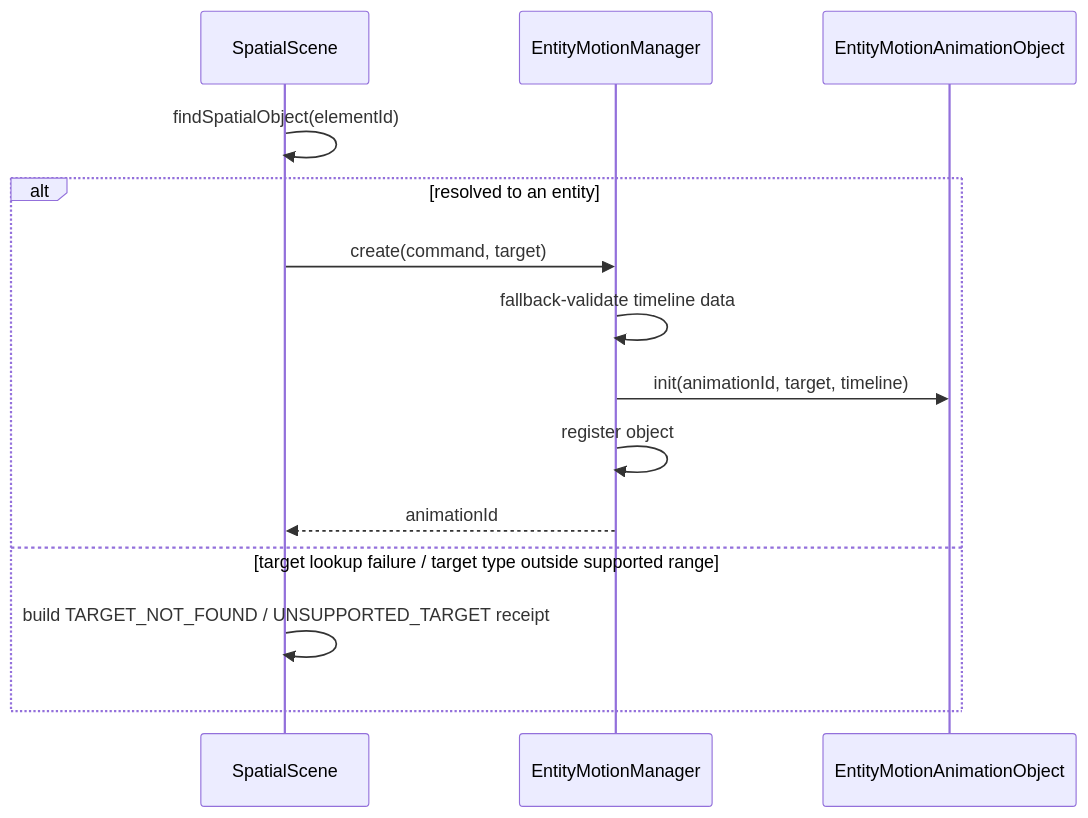
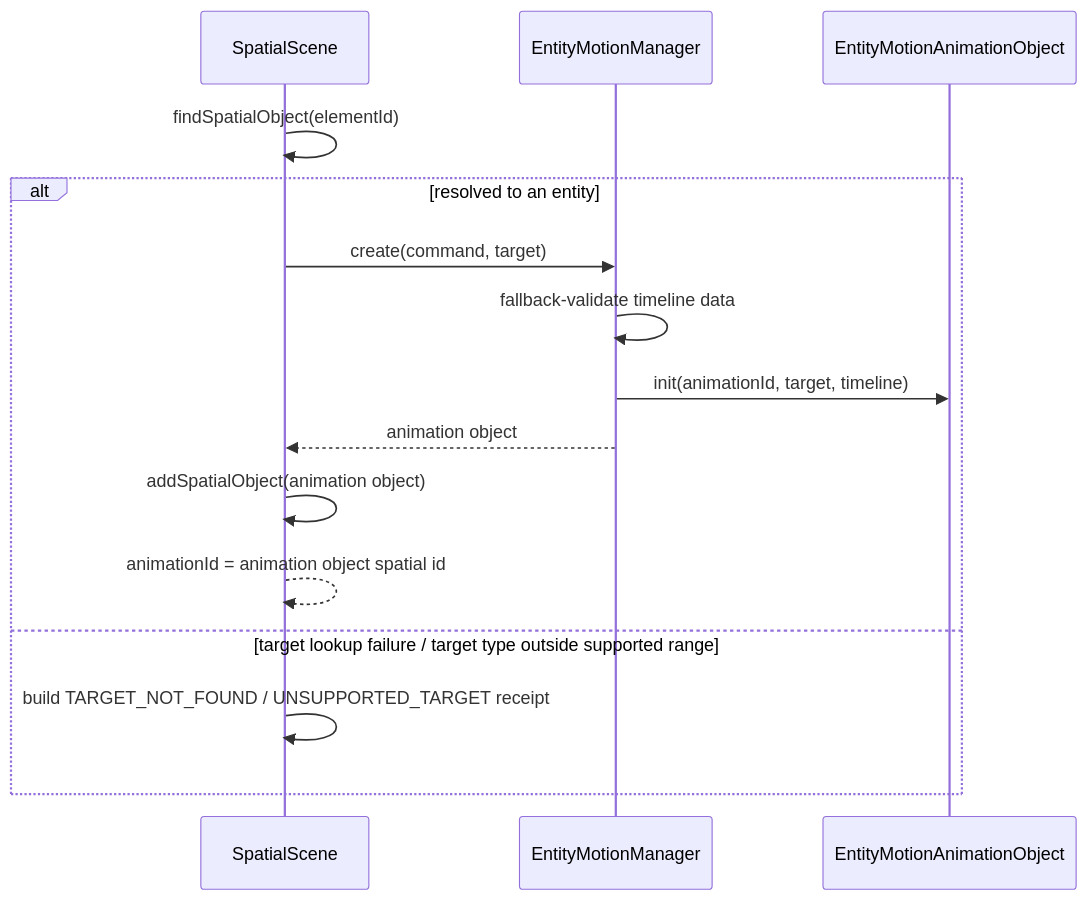
Before and after one commit to webspatial/webspatial-sdk: the tenth of 14 diagrams in openspec/changes/redesign-entity-motion-api/design.md, drawn with Mermaid. The commit also changed other lines of this file and 1 other file, not shown here.

````diff
--- a/openspec/changes/redesign-entity-motion-api/design.md
+++ b/openspec/changes/redesign-entity-motion-api/design.md
@@ -909,17 +992,18 @@
 ```mermaid
 sequenceDiagram
     participant Scene as SpatialScene
     participant Manager as EntityMotionManager
     participant Obj as EntityMotionAnimationObject
 
     Scene->>Scene: findSpatialObject(elementId)
     alt resolved to an entity
         Scene->>Manager: create(command, target)
         Manager->>Manager: fallback-validate timeline data
         Manager->>Obj: init(animationId, target, timeline)
-        Manager->>Manager: register object
-        Manager-->>Scene: animationId
+        Manager-->>Scene: animation object
+        Scene->>Scene: addSpatialObject(animation object)
+        Scene-->>Scene: animationId = animation object spatial id
     else target lookup failure / target type outside supported range
         Scene->>Scene: build TARGET_NOT_FOUND / UNSUPPORTED_TARGET receipt
     end
 ```
````
